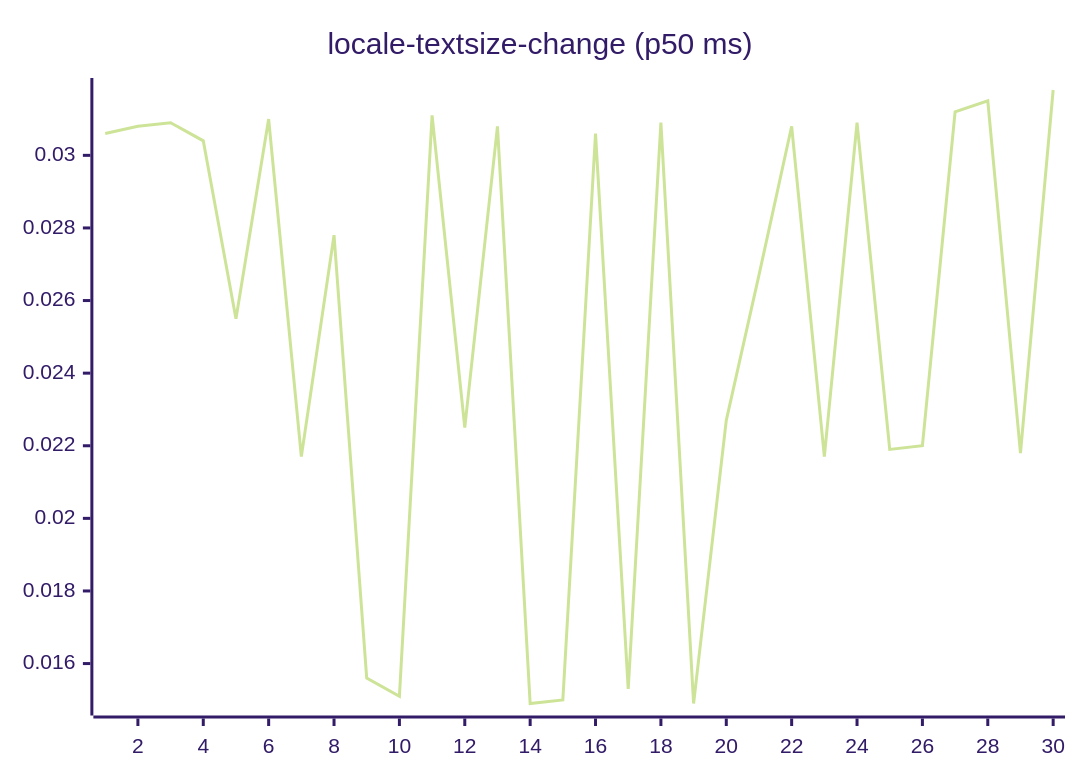
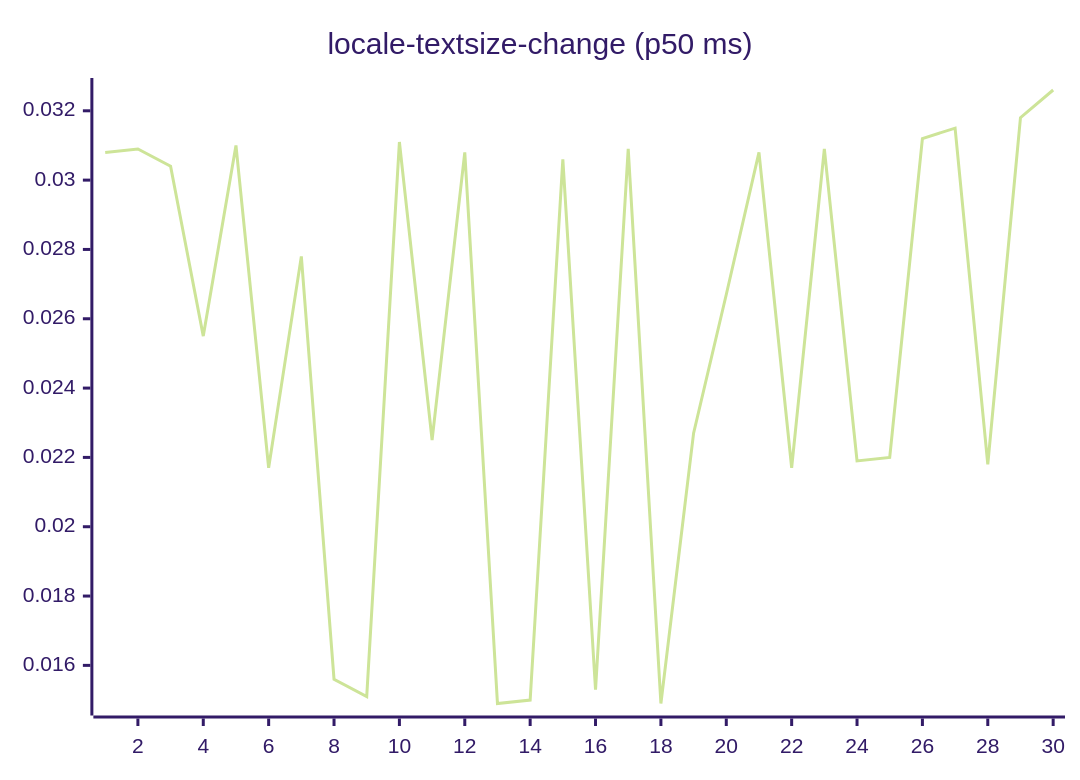
One commit to josha/Facet changed diagram 13 of 27 in README.md. Above: the diagram before and after it, drawn with Mermaid (forest theme). The commit also changed other lines of this file and 2 other files, not shown here.

````diff
--- a/README.md
+++ b/README.md
@@ -147,6 +147,6 @@
 ```mermaid
 xychart-beta
     title "locale-textsize-change (p50 ms)"
     x-axis 1 --> 30
-    line [0.0306, 0.0308, 0.0309, 0.0304, 0.0255, 0.0310, 0.0217, 0.0278, 0.0156, 0.0151, 0.0311, 0.0225, 0.0308, 0.0149, 0.0150, 0.0306, 0.0153, 0.0309, 0.0149, 0.0227, 0.0267, 0.0308, 0.0217, 0.0309, 0.0219, 0.0220, 0.0312, 0.0315, 0.0218, 0.0318]
+    line [0.0308, 0.0309, 0.0304, 0.0255, 0.0310, 0.0217, 0.0278, 0.0156, 0.0151, 0.0311, 0.0225, 0.0308, 0.0149, 0.0150, 0.0306, 0.0153, 0.0309, 0.0149, 0.0227, 0.0267, 0.0308, 0.0217, 0.0309, 0.0219, 0.0220, 0.0312, 0.0315, 0.0218, 0.0318, 0.0326]
 ```
````
